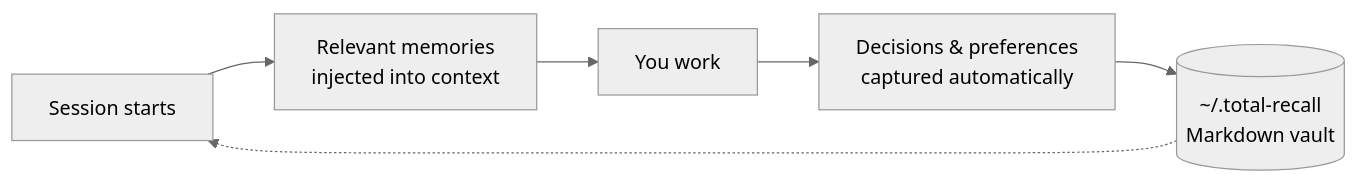
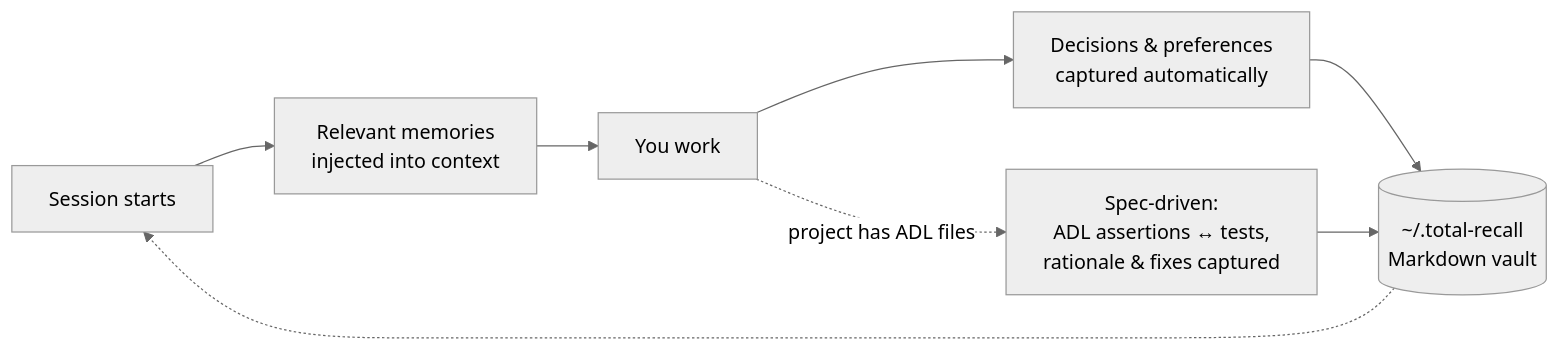
One commit to adrian-balaban/total-recall changed the first of 2 diagrams in README.md. Above: the diagram before and after it, drawn with Mermaid (neutral theme). The commit also changed other lines of this file and 7 other files, not shown here.

First line of the commit message:
chore: release 1.3.1; spec-driven in READMEs; refresh coverage/mutation figures

````diff
--- a/README.md
+++ b/README.md
@@ -19,8 +20,10 @@
 ```mermaid
 flowchart LR
     A[Session starts] --> B[Relevant memories<br/>injected into context]
     B --> C[You work]
     C --> D[Decisions & preferences<br/>captured automatically]
     D --> E[(~/.total-recall<br/>Markdown vault)]
     E -.-> A
+    C -.->|project has ADL files| G[Spec-driven:<br/>ADL assertions ↔ tests,<br/>rationale & fixes captured]
+    G --> E
 ```
````
